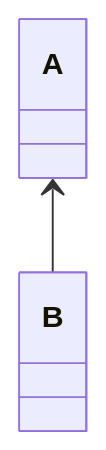
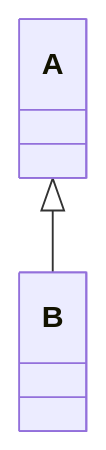
One commit to M5alil/mermaid changed the diagram in README.md. Above: the diagram before and after it, drawn with Mermaid.

````diff
--- a/README.md
+++ b/README.md
@@ -2,5 +2,5 @@
 ``` mermaid 
 classDiagram
   class A 
-  A <-- B
+  A <|-- B
 ```
````
